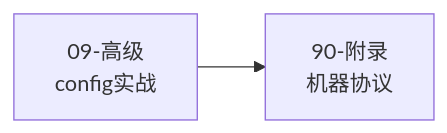
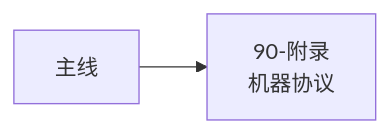
One commit to ethan-jiang-3/OpenSpec changed the fourth of 5 diagrams in _openspec_handbook/00-index.md. Above: the diagram before and after it, drawn with Mermaid. The commit also changed other lines of this file and 12 other files, not shown here.

````diff
--- a/_openspec_handbook/00-index.md
+++ b/_openspec_handbook/00-index.md
@@ -83,4 +100,4 @@
 ```mermaid
 graph LR
-    I[09-高级<br/>config实战] --> J[90-附录<br/>机器协议]
+    A[主线] --> B[90-附录<br/>机器协议]
 ```
````
